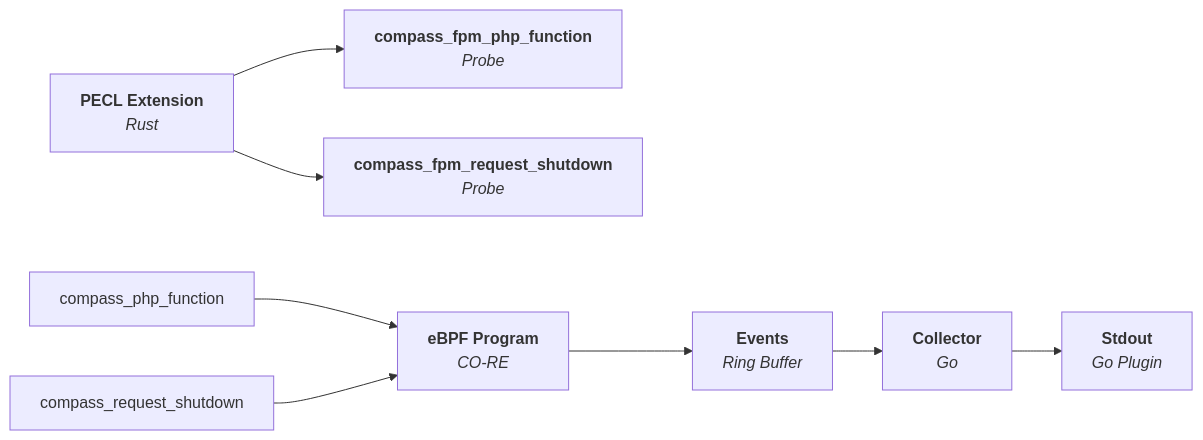
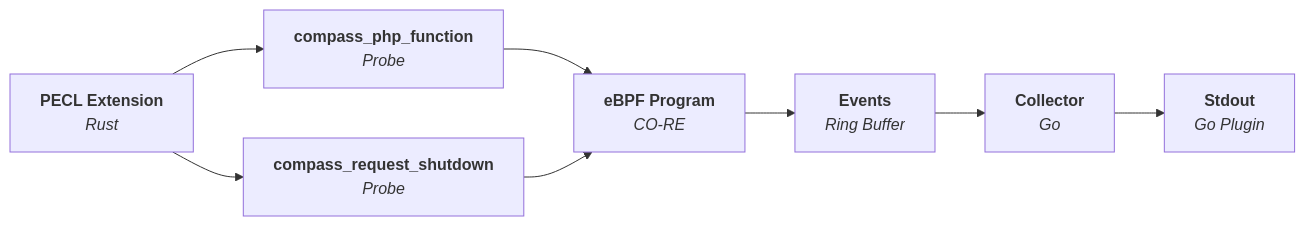
Before and after one commit to skpr/compass: the diagram in README.md, drawn with Mermaid.

````diff
--- a/README.md
+++ b/README.md
@@ -14,14 +14,14 @@
 ```mermaid
 flowchart LR
-   Extension[<b>PECL Extension</b>\n<i>Rust</i>] --> compass_fpm_php_function[<b>compass_fpm_php_function</b>\n<i>Probe</i>]
-   Extension --> compass_fpm_request_shutdown[<b>compass_fpm_request_shutdown</b>\n<i>Probe</i>]
+   Extension[<b>PECL Extension</b>\n<i>Rust</i>] --> compass_php_function[<b>compass_php_function</b>\n<i>Probe</i>]
+   Extension --> compass_request_shutdown[<b>compass_request_shutdown</b>\n<i>Probe</i>]
 
    compass_php_function --> eBPF[<b>eBPF Program</b>\n<i>CO-RE</i>]
    compass_request_shutdown --> eBPF
 
    eBPF --> Events[<b>Events</b>\n<i>Ring Buffer</i>]
 
    Events --> Collector[<b>Collector</b>\n<i>Go</i>]
 
    Collector --> Stdout[<b>Stdout</b>\n<i>Go Plugin</i>]
 ```
````
